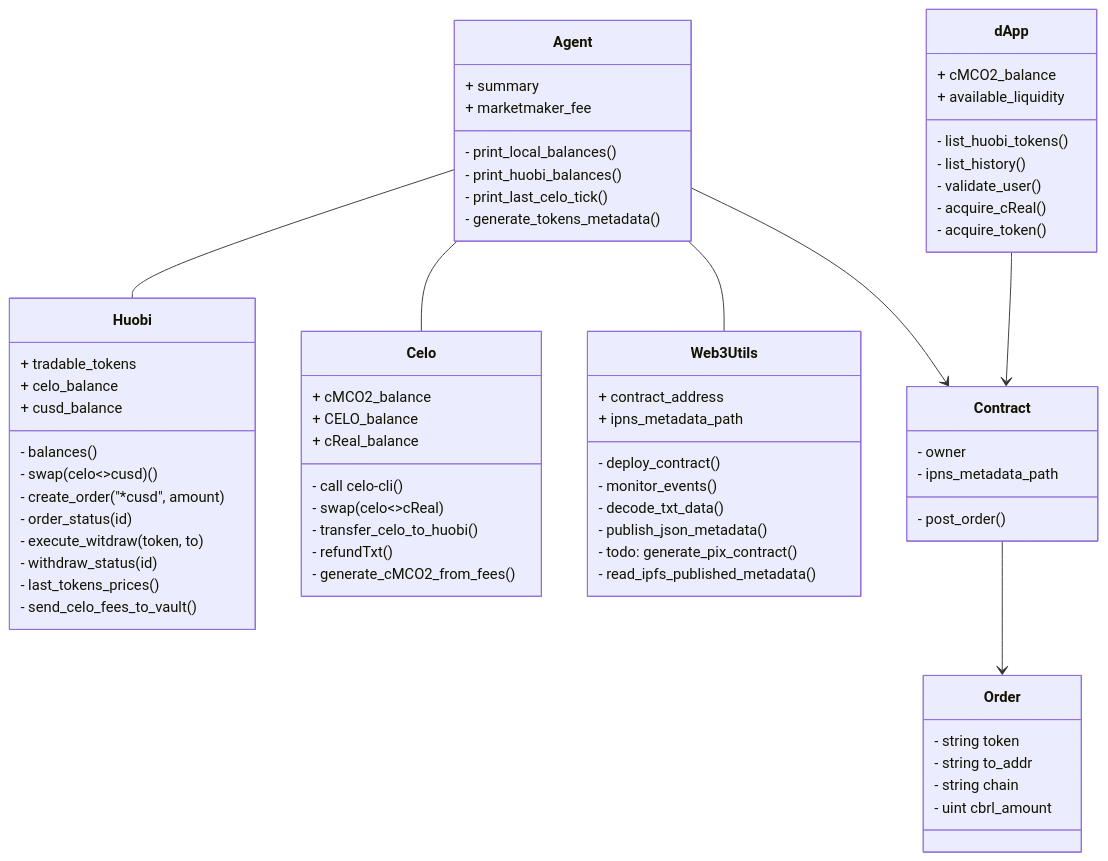
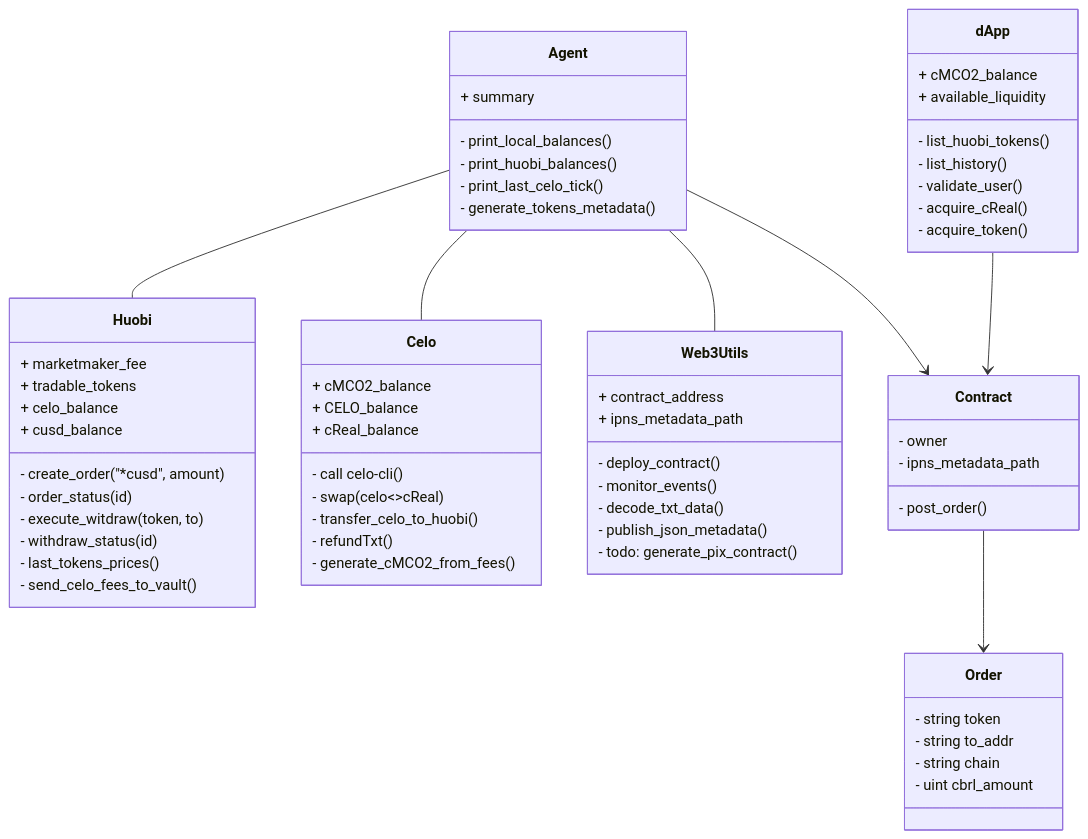
Before and after one commit to rafapolo/celohuobihack: the first of 2 diagrams in README.md, drawn with Mermaid. The commit also changed other lines of this file, not shown here.

````diff
--- a/README.md
+++ b/README.md
@@ -123,72 +127,69 @@
   ```mermaid
 
     classDiagram
         Agent -- Huobi
         Agent -- Celo
         Agent -- Web3Utils
         Agent --> Contract
         class dApp{
             + cMCO2_balance
             + available_liquidity
             - list_huobi_tokens()
             - list_history()
             - validate_user()
             - acquire_cReal()
             - acquire_token()
         }
         dApp --> Contract
         class Huobi{
+          + marketmaker_fee 
           + tradable_tokens
           + celo_balance
           + cusd_balance
-          - balances()   
-          - swap(celo<>cusd)()
           - create_order("*cusd", amount)
           - order_status(id)
           - execute_witdraw(token, to)
           - withdraw_status(id)
           - last_tokens_prices()
           - send_celo_fees_to_vault()
         }
         class Celo{
             + cMCO2_balance
             + CELO_balance
             + cReal_balance
             - call celo-cli()
             - swap(celo<>cReal)
             - transfer_celo_to_huobi()
             - refundTxt()
             - generate_cMCO2_from_fees()
         }
         class Web3Utils{
           + contract_address
           + ipns_metadata_path
           - deploy_contract()
           - monitor_events()
           - decode_txt_data()
           - publish_json_metadata()
           - todo: generate_pix_contract()
-          - read_ipfs_published_metadata()
         }
         class Agent{
           + summary      
-          + marketmaker_fee        
           - print_local_balances()
           - print_huobi_balances()
           - print_last_celo_tick()
           - generate_tokens_metadata()
         }
         Contract --> Order
         class Contract{
             - owner
             - ipns_metadata_path
             - post_order()
         }
           class Order {
             - string token
             - string to_addr
             - string chain
             - uint cbrl_amount 
           }
 
   ```
````
